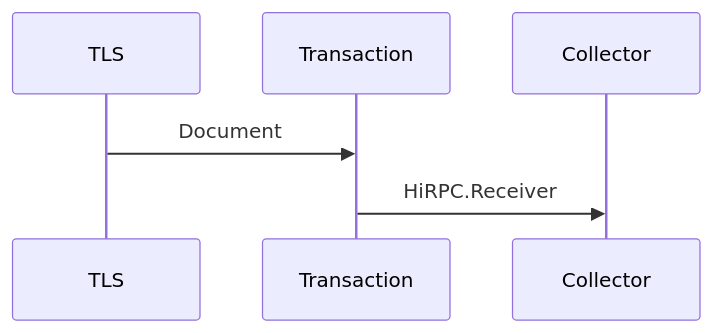
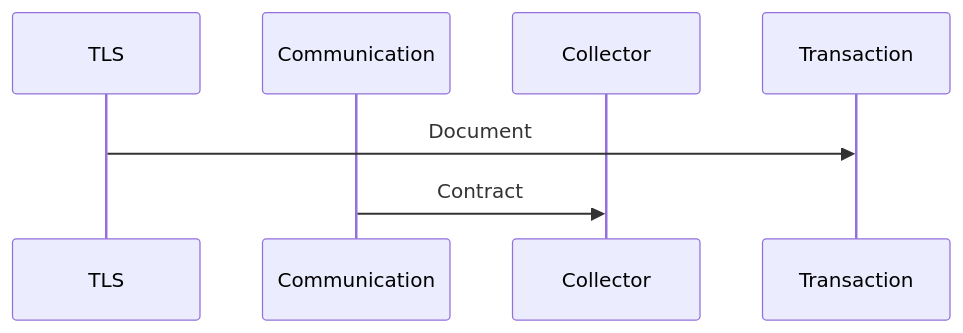
The diagram in documents/architecture/Communication.md (tagion/tagion), drawn with Mermaid before and after one commit.

````diff
--- a/documents/architecture/Communication.md
+++ b/documents/architecture/Communication.md
@@ -26,8 +26,8 @@
 ```mermaid
 sequenceDiagram
     participant TLS
-    participant Transaction
+    participant Communication
     participant Collector
     TLS->>Transaction: Document
-    Transaction->>Collector: HiRPC.Receiver
+    Communication->>Collector: Contract
 ```
````
